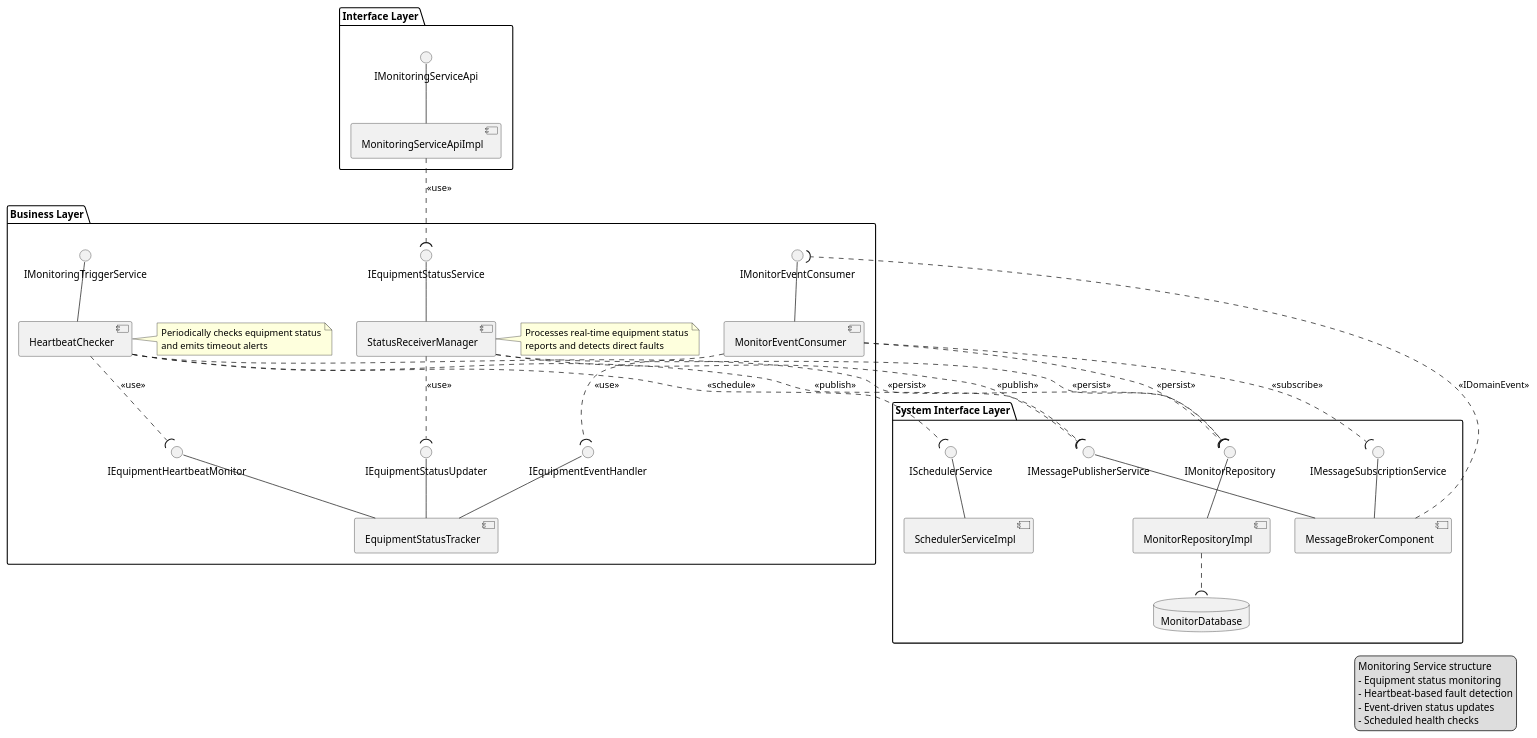
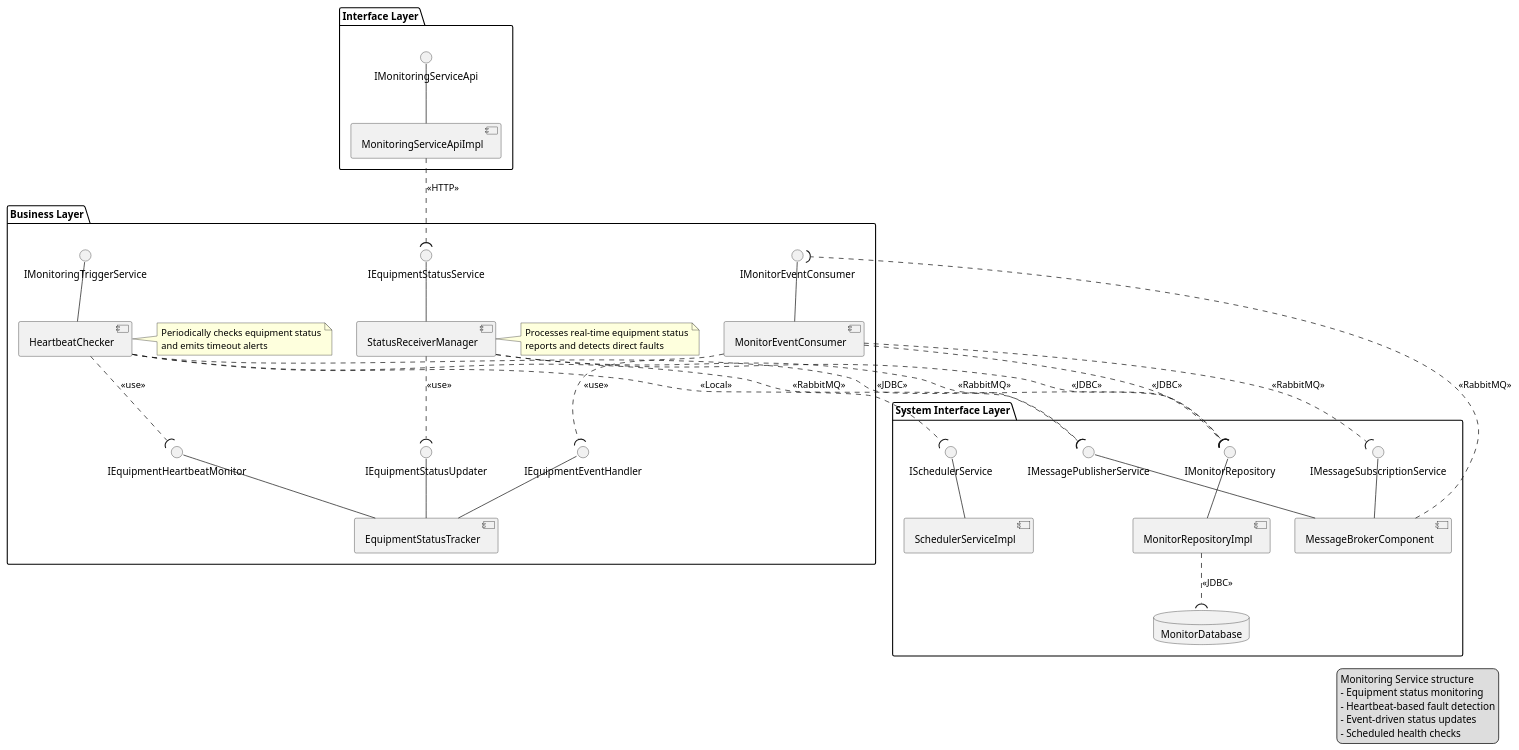
One commit to yoon2eyo/GITHUB changed the diagram in ComponentDiagram/05_MonitoringServiceComponent.puml. Above: the diagram before and after it, drawn with PlantUML. The commit also changed 51 other files, not shown here.

```diff
--- a/ComponentDiagram/05_MonitoringServiceComponent.puml
+++ b/ComponentDiagram/05_MonitoringServiceComponent.puml
@@ -1,92 +1,92 @@
 @startuml MonitoringServiceComponent
 ' MonitoringService_component.puml (가이드 준수)
 
 package "Interface Layer" {
   interface IMonitoringServiceApi
   component MonitoringServiceApiImpl
   IMonitoringServiceApi -- MonitoringServiceApiImpl
 }
 
 package "Business Layer" {
   interface IEquipmentStatusService
   interface IMonitoringTriggerService
   interface IMonitorEventConsumer
   interface IEquipmentStatusUpdater
   interface IEquipmentHeartbeatMonitor
   interface IEquipmentEventHandler
   
   component StatusReceiverManager
   component HeartbeatChecker
   component MonitorEventConsumer
   component EquipmentStatusTracker
   
   ' Service implementations
   IEquipmentStatusService -- StatusReceiverManager
   IMonitoringTriggerService -- HeartbeatChecker
   IMonitorEventConsumer -- MonitorEventConsumer
   IEquipmentStatusUpdater -- EquipmentStatusTracker
   IEquipmentHeartbeatMonitor -- EquipmentStatusTracker
   IEquipmentEventHandler -- EquipmentStatusTracker
   
   ' Business layer internal relationships
   StatusReceiverManager ..( IEquipmentStatusUpdater : <<use>>
   HeartbeatChecker ..( IEquipmentHeartbeatMonitor : <<use>>
   MonitorEventConsumer ..( IEquipmentEventHandler : <<use>>
 
   note right of HeartbeatChecker
     Periodically checks equipment status
     and emits timeout alerts
   end note
 
   note right of StatusReceiverManager
     Processes real-time equipment status
     reports and detects direct faults
   end note
 }
 
 package "System Interface Layer" {
   interface IMonitorRepository
   interface IMessagePublisherService
   interface IMessageSubscriptionService
   interface ISchedulerService
   
   component MonitorRepositoryImpl
   component MessageBrokerComponent
   component SchedulerServiceImpl
   database MonitorDatabase
   
   ' System interface implementations
   IMonitorRepository -- MonitorRepositoryImpl
   IMessagePublisherService -- MessageBrokerComponent
   IMessageSubscriptionService -- MessageBrokerComponent
   ISchedulerService -- SchedulerServiceImpl
   
   ' System dependencies
-  MonitorRepositoryImpl ..( MonitorDatabase
-  MessageBrokerComponent ..( IMonitorEventConsumer : <<IDomainEvent>>
+  MonitorRepositoryImpl ..( MonitorDatabase : <<JDBC>>
+  MessageBrokerComponent ..( IMonitorEventConsumer : <<RabbitMQ>>
 }
 
 ' 패키지 외부 연결
 ' Interface Layer -> Business Layer
-MonitoringServiceApiImpl ..( IEquipmentStatusService : <<use>>
+MonitoringServiceApiImpl ..( IEquipmentStatusService : <<HTTP>>
 
 ' Business Layer -> Message Broker 연결
-StatusReceiverManager ..( IMessagePublisherService : <<publish>>
-HeartbeatChecker ..( IMessagePublisherService : <<publish>>
-MonitorEventConsumer ..( IMessageSubscriptionService : <<subscribe>>
+StatusReceiverManager ..( IMessagePublisherService : <<RabbitMQ>>
+HeartbeatChecker ..( IMessagePublisherService : <<RabbitMQ>>
+MonitorEventConsumer ..( IMessageSubscriptionService : <<RabbitMQ>>
 
 ' Business Layer -> System Interface Layer
-StatusReceiverManager ..( IMonitorRepository : <<persist>>
-HeartbeatChecker ..( IMonitorRepository : <<persist>>
-MonitorEventConsumer ..( IMonitorRepository : <<persist>>
-HeartbeatChecker ..( ISchedulerService : <<schedule>>
+StatusReceiverManager ..( IMonitorRepository : <<JDBC>>
+HeartbeatChecker ..( IMonitorRepository : <<JDBC>>
+MonitorEventConsumer ..( IMonitorRepository : <<JDBC>>
+HeartbeatChecker ..( ISchedulerService : <<Local>>
 
 legend right
   Monitoring Service structure
   - Equipment status monitoring
   - Heartbeat-based fault detection
   - Event-driven status updates
   - Scheduled health checks
 end legend
 
 @enduml
```
